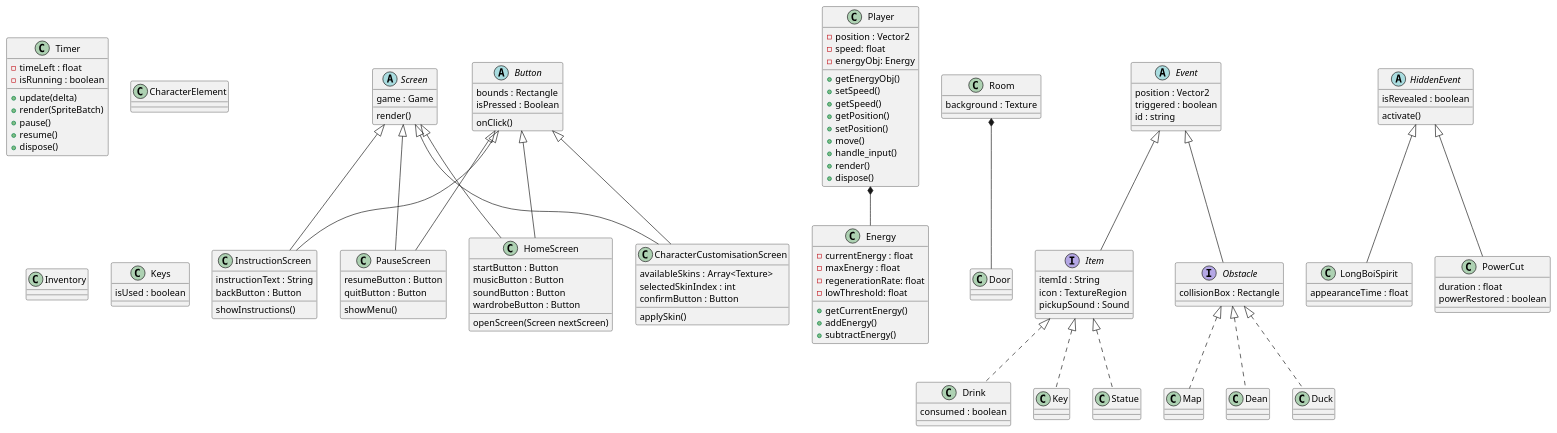
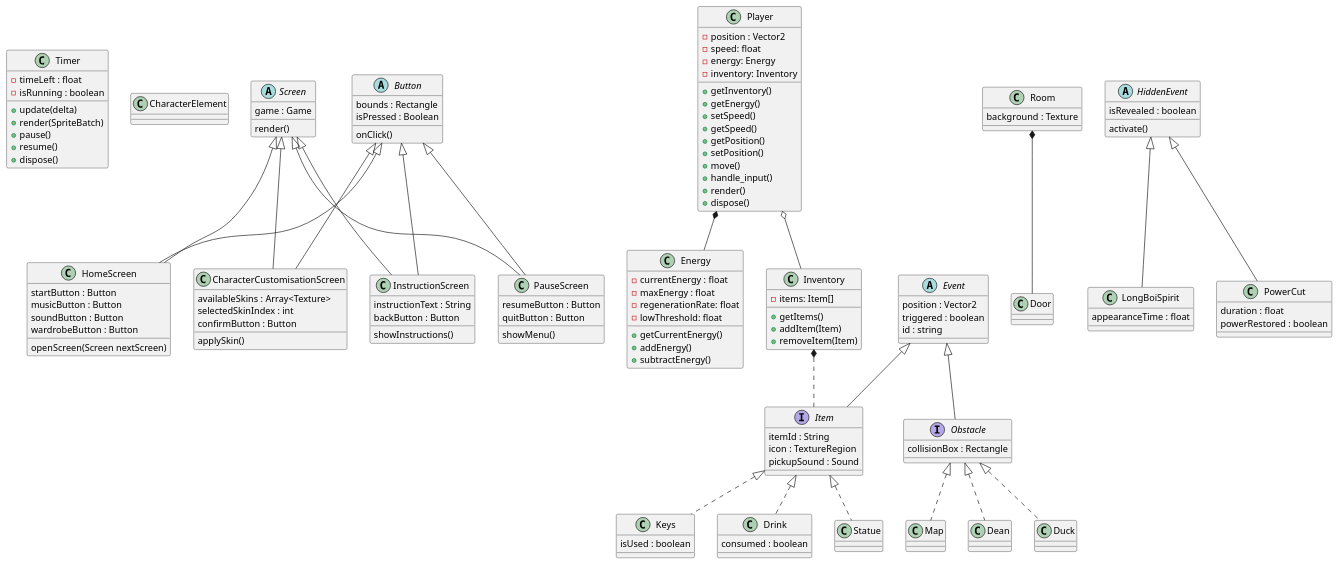
One commit to WHALES-ENG1/WHALES-Assets changed the diagram in Architecture/classDiagram.puml. Above: the diagram before and after it, drawn with PlantUML.

Commit message:
Clarified Inventory Class
Inventory holds items. It's usually owned by the player.

```diff
--- a/Architecture/classDiagram.puml
+++ b/Architecture/classDiagram.puml
@@ -1,160 +1,170 @@
 @startuml classDiagram
 
 'Misc
 
 'Is this a screen?
 class Timer {
     -timeLeft : float
     -isRunning : boolean
     +update(delta)
     +render(SpriteBatch)
     +pause()
     +resume()
     +dispose()
 }
 
 'What is this
 class CharacterElement
-
-class Inventory
 
 'Screen
 abstract class Screen {
     game : Game
     render()
 }
 
 class InstructionScreen {
     instructionText : String
     backButton : Button
     showInstructions()
 }
 
 class PauseScreen {
     resumeButton : Button
     quitButton : Button
     showMenu()
 }
 
 class HomeScreen {
     startButton : Button
     musicButton : Button
     soundButton : Button
     wardrobeButton : Button
     openScreen(Screen nextScreen)
 }
 
 class CharacterCustomisationScreen {
    availableSkins : Array<Texture>
    selectedSkinIndex : int
    confirmButton : Button
    applySkin()
 }
 
 Screen <|-- InstructionScreen
 Button <|-- InstructionScreen
 
 Button <|-- PauseScreen
 Screen <|-- PauseScreen
 
 Button <|-- HomeScreen
 Screen <|-- HomeScreen
 
 Button <|-- CharacterCustomisationScreen
 Screen <|-- CharacterCustomisationScreen
 
 'Button
 abstract class Button {
     bounds : Rectangle
     isPressed : Boolean
     onClick()
 }
 
 class Player {
     -position : Vector2
     -speed: float
-    -energyObj: Energy
-    +getEnergyObj()
+    -energy: Energy
+    -inventory: Inventory
+    +getInventory()
+    +getEnergy()
     +setSpeed()
     +getSpeed()
     +getPosition()
     +setPosition()
     +move()
     +handle_input()
     +render()
     +dispose()
 }
 
 class Energy {
     -currentEnergy : float
     -maxEnergy : float
     -regenerationRate: float
     -lowThreshold: float
     +getCurrentEnergy()
     +addEnergy()
     +subtractEnergy()
 }
 
 Player *-- Energy
+
+class Inventory {
+    - items: Item[]
+    + getItems()
+    + addItem(Item)
+    + removeItem(Item)
+}
+
+Inventory *.. Item
+Player o-- Inventory
 
 
 'Room
 class Room {
     background : Texture
 }
 
 Room *-- Door
 
 'Event
 abstract class Event {
     position : Vector2
     triggered : boolean
     id : string
 }
 
 interface Item {
     itemId : String
     icon : TextureRegion
     pickupSound : Sound
 }
 
 interface Obstacle {
     collisionBox : Rectangle
 }
 
 class Keys {
     isUsed : boolean
 }
 
 class Drink {
     consumed : boolean
 }
 
 Event <|-- Item
 Event <|-- Obstacle
 Obstacle <|.. Map
 Obstacle <|.. Dean
 Obstacle <|.. Duck
-Item <|.. Key
+Item <|.. Keys
 Item <|.. Drink
 Item <|.. Statue
 
 'Hidden Event
 abstract class HiddenEvent {
     isRevealed : boolean
     activate()
 }
 
 class LongBoiSpirit {
     appearanceTime : float
 }
 
 class PowerCut {
     duration : float
     powerRestored : boolean
 }
 
 HiddenEvent <|-- LongBoiSpirit
 HiddenEvent <|-- PowerCut
 
 @enduml
```
